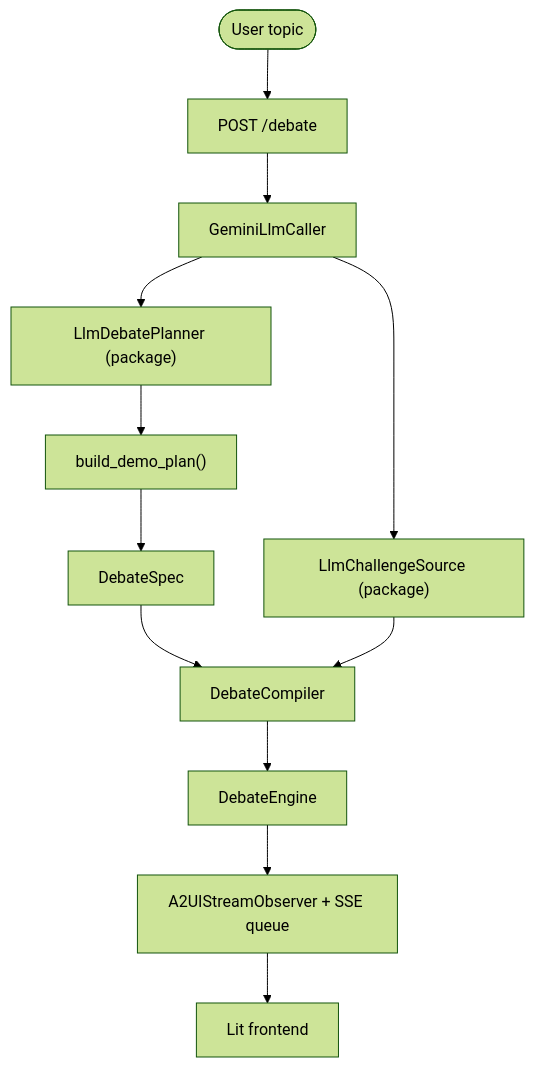
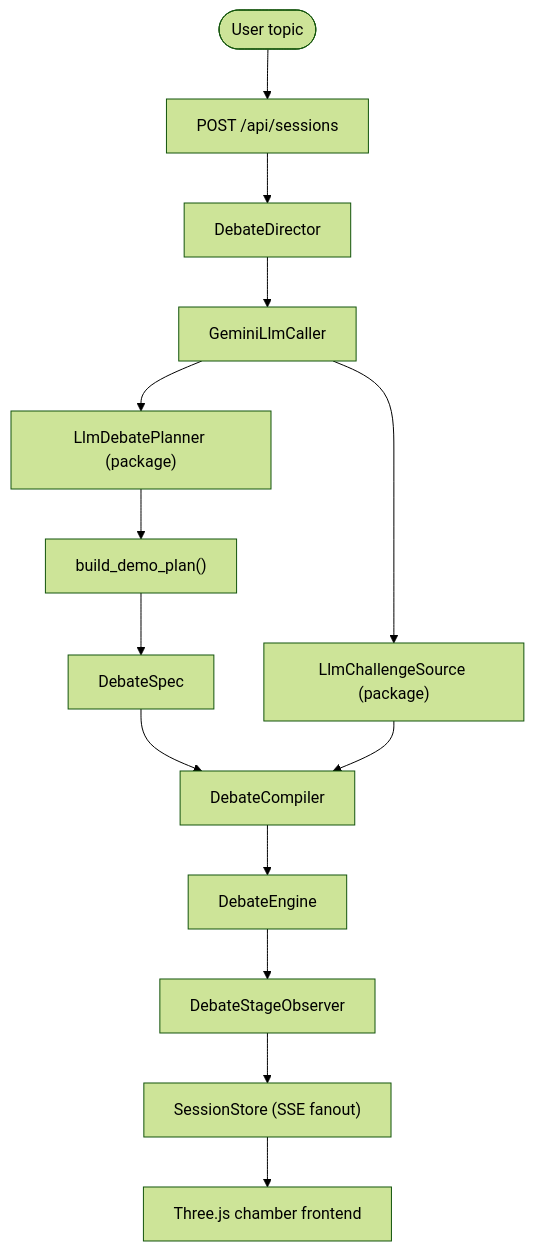
The diagram in demo/README.md (phamvuhoang/agentic-debate), drawn with Mermaid (forest theme) before and after one commit. The commit also changed other lines of this file and 59 other files, not shown here.

````diff
--- a/demo/README.md
+++ b/demo/README.md
@@ -13,14 +13,16 @@
 ```mermaid
 graph TD
-    Topic([User topic]) --> API["POST /debate"]
-    API --> Gemini["GeminiLlmCaller"]
+    Topic([User topic]) --> API["POST /api/sessions"]
+    API --> Director["DebateDirector"]
+    Director --> Gemini["GeminiLlmCaller"]
     Gemini --> Planner["LlmDebatePlanner (package)"]
     Planner --> Decorator["build_demo_plan()"]
     Decorator --> Spec["DebateSpec"]
     Gemini --> ChallengeSource["LlmChallengeSource (package)"]
     Spec --> Compiler["DebateCompiler"]
     ChallengeSource --> Compiler
     Compiler --> Engine["DebateEngine"]
-    Engine --> Streamer["A2UIStreamObserver + SSE queue"]
-    Streamer --> Browser["Lit frontend"]
+    Engine --> Observer["DebateStageObserver"]
+    Observer --> Store["SessionStore (SSE fanout)"]
+    Store --> Browser["Three.js chamber frontend"]
 ```
````
